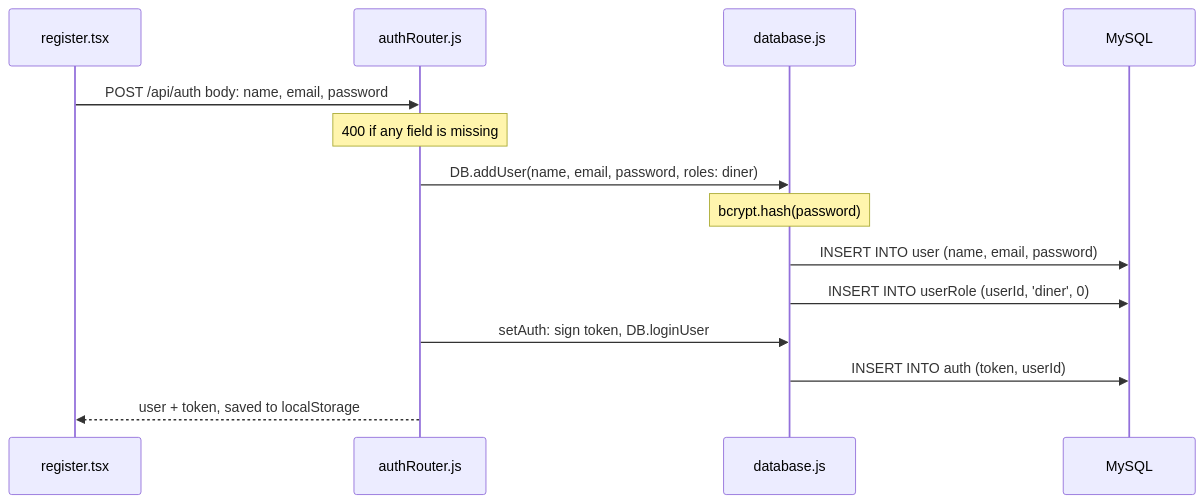
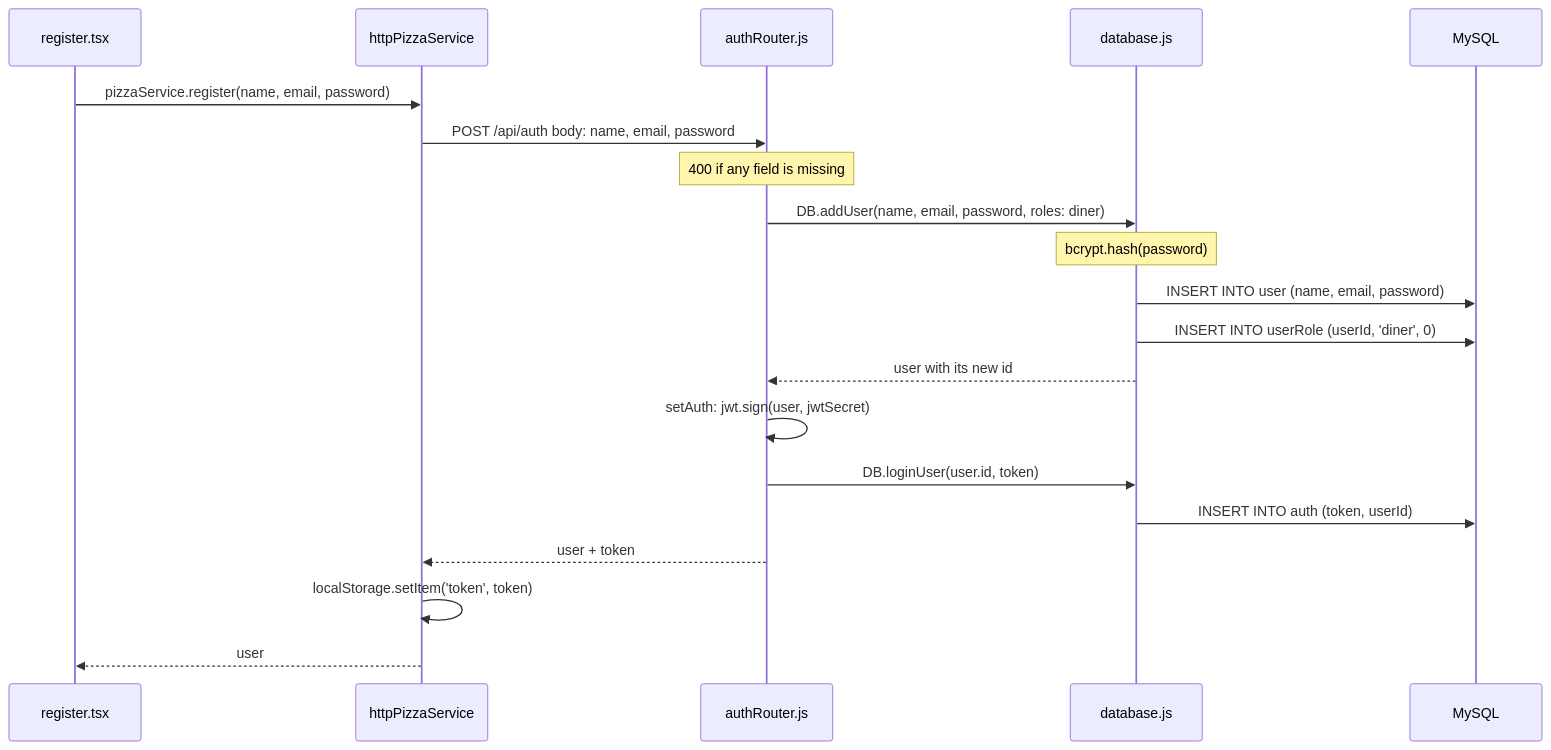
The fourth of 18 diagrams in docs/flows.md (joshuajob-cs/jwt-pizza), drawn with Mermaid before and after one commit. The commit also changed other lines of this file, not shown here.

Commit message:
refactor(docs): draw every layer consistently in flows.md

````diff
--- a/docs/flows.md
+++ b/docs/flows.md
@@ -67,16 +88,22 @@
 ```mermaid
 sequenceDiagram
   participant V as register.tsx
+  participant S as httpPizzaService
   participant R as authRouter.js
   participant D as database.js
   participant M as MySQL
-  V->>R: POST /api/auth  body: name, email, password
+  V->>S: pizzaService.register(name, email, password)
+  S->>R: POST /api/auth  body: name, email, password
   Note over R: 400 if any field is missing
   R->>D: DB.addUser(name, email, password, roles: diner)
   Note over D: bcrypt.hash(password)
   D->>M: INSERT INTO user (name, email, password)
   D->>M: INSERT INTO userRole (userId, 'diner', 0)
-  R->>D: setAuth: sign token, DB.loginUser
+  D-->>R: user with its new id
+  R->>R: setAuth: jwt.sign(user, jwtSecret)
+  R->>D: DB.loginUser(user.id, token)
   D->>M: INSERT INTO auth (token, userId)
-  R-->>V: user + token, saved to localStorage
+  R-->>S: user + token
+  S->>S: localStorage.setItem('token', token)
+  S-->>V: user
 ```
````
